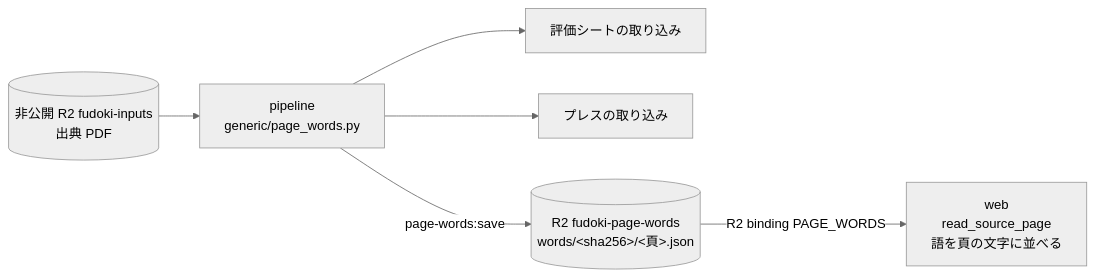
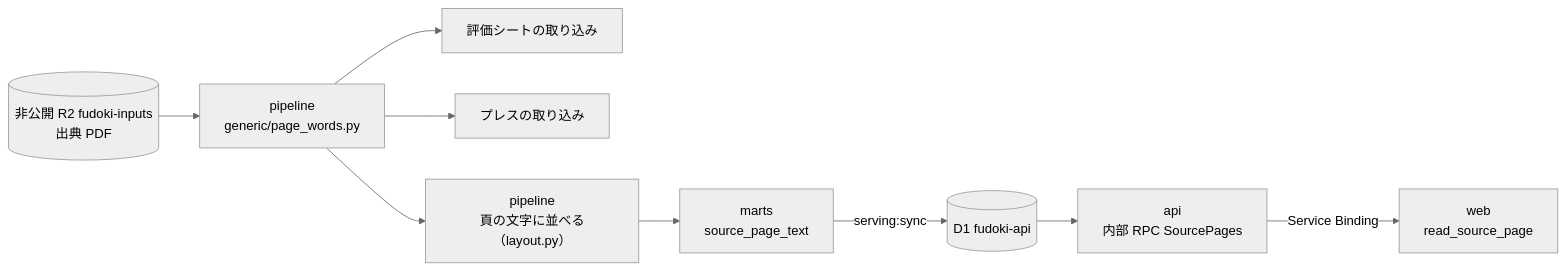
The diagram in docs/prd/page-words/dd.md (fudoki-hensansitu/fudoki), drawn with Mermaid (neutral theme) before and after one commit. The commit also changed other lines of this file, not shown here.

First line of the commit message:
docs(page-words): 頁の文字を marts の表にして D1 に写し、api の内部の口からだけ読む形にする

````diff
--- a/docs/prd/page-words/dd.md
+++ b/docs/prd/page-words/dd.md
@@ -40,8 +40,11 @@
 ```mermaid
 flowchart LR
   pdf[("非公開 R2 fudoki-inputs<br/>出典 PDF")] --> words["pipeline<br/>generic/page_words.py"]
   words --> sheet["評価シートの取り込み"]
   words --> press["プレスの取り込み"]
-  words -->|"page-words:save"| bucket[("R2 fudoki-page-words<br/>words/&lt;sha256&gt;/&lt;頁&gt;.json")]
-  bucket -->|"R2 binding PAGE_WORDS"| web["web<br/>read_source_page<br/>語を頁の文字に並べる"]
+  words --> text["pipeline<br/>頁の文字に並べる（layout.py）"]
+  text --> marts["marts<br/>source_page_text"]
+  marts -->|"serving:sync"| d1[("D1 fudoki-api")]
+  d1 --> api["api<br/>内部 RPC SourcePages"]
+  api -->|"Service Binding"| web["web<br/>read_source_page"]
 ```
````
